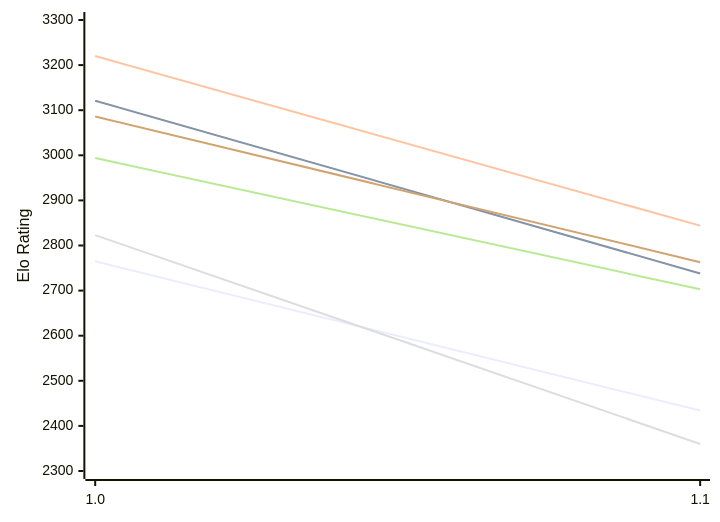
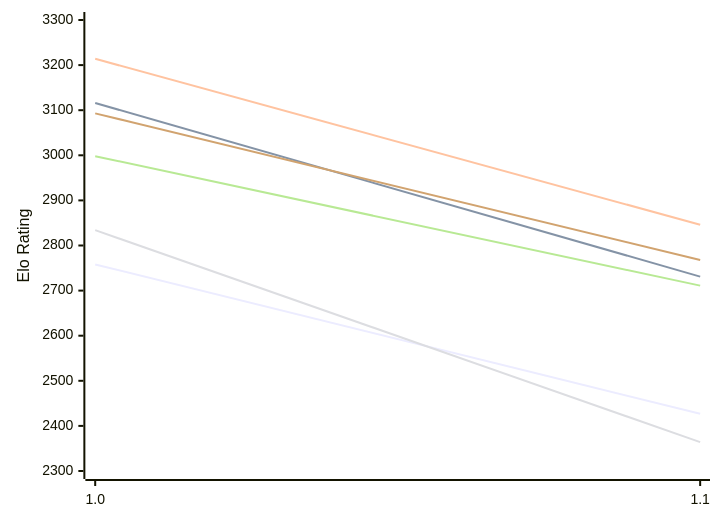
The first of 2 diagrams in engines/Publius.md (computer-chess-index/cci), drawn with Mermaid before and after one commit. The commit also changed other lines of this file, not shown here.

Commit message:
Update CCI Ratings (ELO VLTC) - 2026-11-18

````diff
--- a/engines/Publius.md
+++ b/engines/Publius.md
@@ -50,12 +50,12 @@
 ```mermaid
 %%{init: {"theme":"base","themeVariables":{"seriesColors:['#a3a3a3','#222221','#faa371']}}}%%
 xychart-beta
   x-axis ["1.0", "1.1"]
   y-axis "Elo Rating" 2300 --> 3300
-  line "E1: STC (8.0+0.08s)" [2765, 2434]
-  line "E1: LTC (60.0+0.60s)" [3121, 2738]
-  line "E1: VLTC (2m24s+1.12s)" [3220, 2844]
-  line "P1: STC (8.0+0.08s)" [2823, 2360]
-  line "P1: LTC (60.0+0.60s)" [2994, 2703]
-  line "P1: VLTC (2m24s+1.12s)" [3086, 2763]
+  line "E1: STC (8.0+0.08s)" [2758, 2427]
+  line "E1: LTC (60.0+0.60s)" [3116, 2731]
+  line "E1: VLTC (2m24s+1.12s)" [3214, 2846]
+  line "P1: STC (8.0+0.08s)" [2834, 2364]
+  line "P1: LTC (60.0+0.60s)" [2998, 2711]
+  line "P1: VLTC (2m24s+1.12s)" [3093, 2768]
 ```
````
